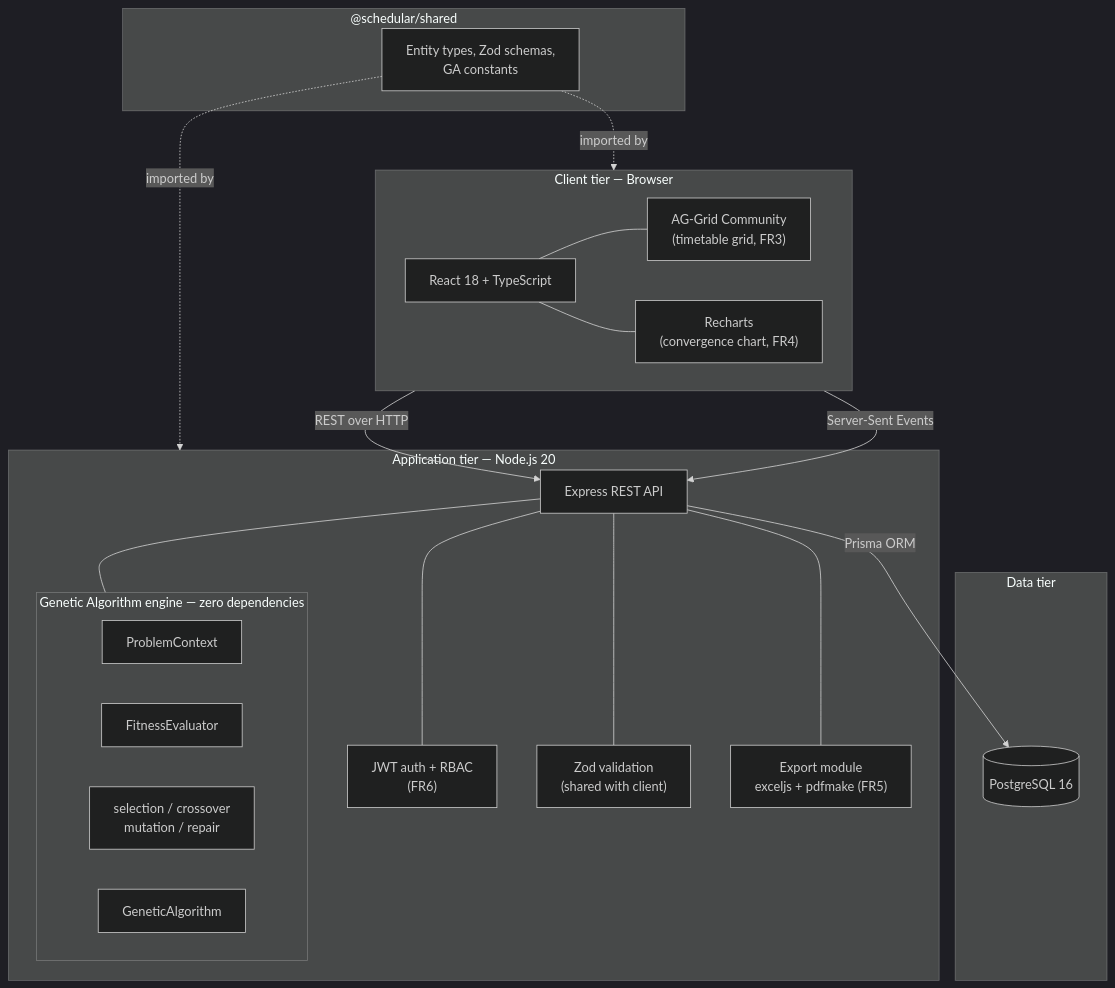
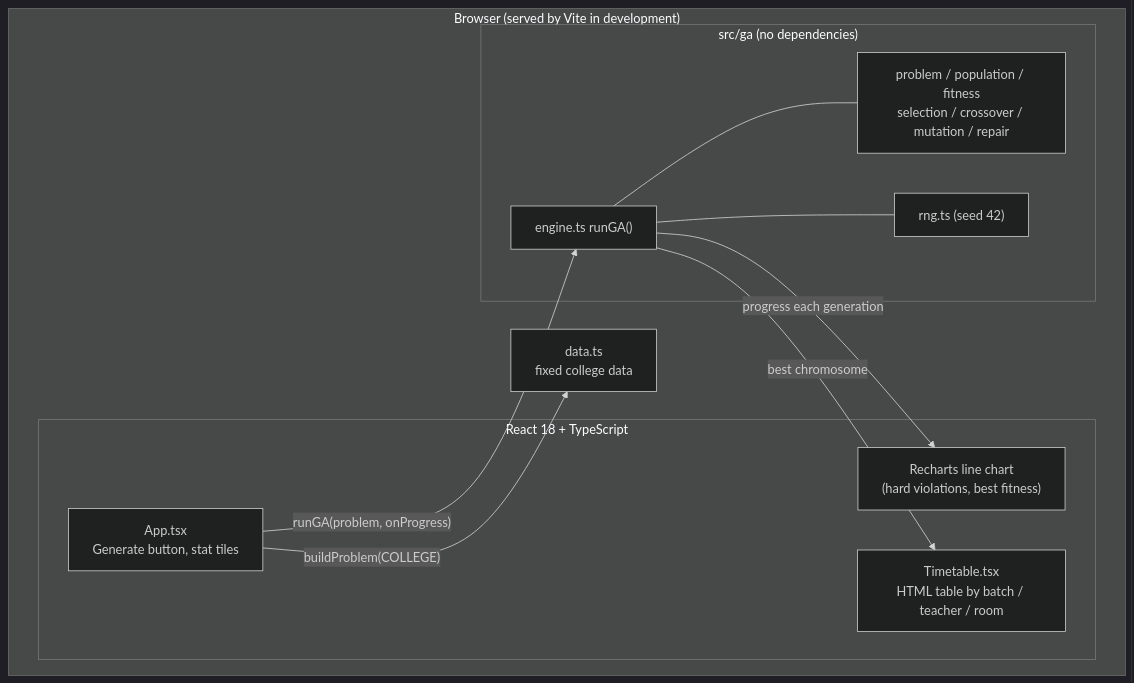
One commit to prajwalbasnet4400/schedular changed the fourth of 4 diagrams in docs/UML.md. Above: the diagram before and after it, drawn with Mermaid (dark theme). The commit also changed other lines of this file and 113 other files, not shown here.

````diff
--- a/docs/UML.md
+++ b/docs/UML.md
@@ -389,41 +181,23 @@
 ```mermaid
 flowchart TB
-  subgraph Browser["Client tier — Browser"]
-    React["React 18 + TypeScript"]
-    AgGrid["AG-Grid Community<br/>(timetable grid, FR3)"]
-    Recharts["Recharts<br/>(convergence chart, FR4)"]
-    React --- AgGrid
-    React --- Recharts
+  subgraph Browser["Browser (served by Vite in development)"]
+    subgraph UI["React 18 + TypeScript"]
+      App["App.tsx<br/>Generate button, stat tiles"]
+      Chart["Recharts line chart<br/>(hard violations, best fitness)"]
+      Grid["Timetable.tsx<br/>HTML table by batch / teacher / room"]
+    end
+    subgraph Engine["src/ga (no dependencies)"]
+      Run["engine.ts runGA()"]
+      Ops["problem / population / fitness<br/>selection / crossover / mutation / repair"]
+      Rng["rng.ts (seed 42)"]
+    end
+    Data["data.ts<br/>fixed college data"]
   end
 
-  subgraph Server["Application tier — Node.js 20"]
-    Express["Express REST API"]
-    Auth["JWT auth + RBAC<br/>(FR6)"]
-    Validate["Zod validation<br/>(shared with client)"]
-    subgraph Engine["Genetic Algorithm engine — zero dependencies"]
-      Context["ProblemContext"]
-      Fitness["FitnessEvaluator"]
-      Ops["selection / crossover<br/>mutation / repair"]
-      Loop["GeneticAlgorithm"]
-    end
-    Export["Export module<br/>exceljs + pdfmake (FR5)"]
-    Express --- Auth
-    Express --- Validate
-    Express --- Engine
-    Express --- Export
-  end
-
-  subgraph Data["Data tier"]
-    Postgres[("PostgreSQL 16")]
-  end
-
-  subgraph SharedPkg["@schedular/shared"]
-    Types["Entity types, Zod schemas,<br/>GA constants"]
-  end
-
-  Browser -->|"REST over HTTP"| Express
-  Browser -->|"Server-Sent Events"| Express
-  Express -->|"Prisma ORM"| Postgres
-  Types -.->|imported by| Browser
-  Types -.->|imported by| Server
+  App -->|"buildProblem(COLLEGE)"| Data
+  App -->|"runGA(problem, onProgress)"| Run
+  Run -->|"progress each generation"| Chart
+  Run -->|"best chromosome"| Grid
+  Run --- Ops
+  Run --- Rng
 ```
````
